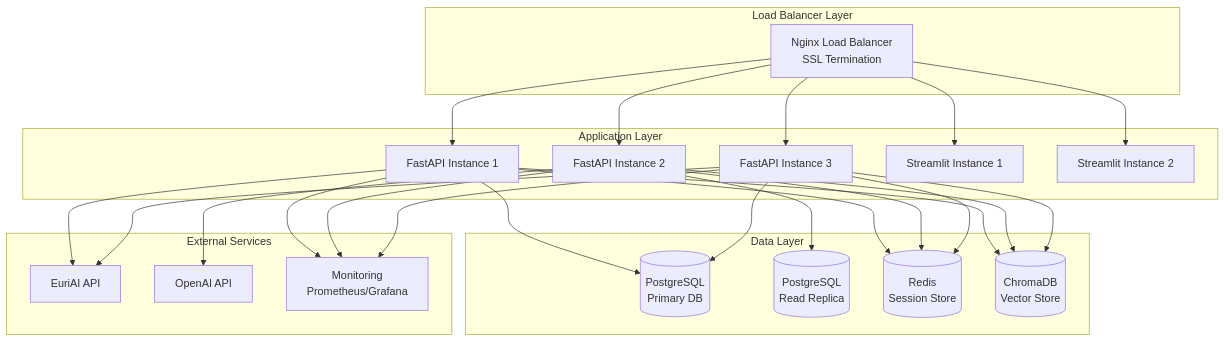
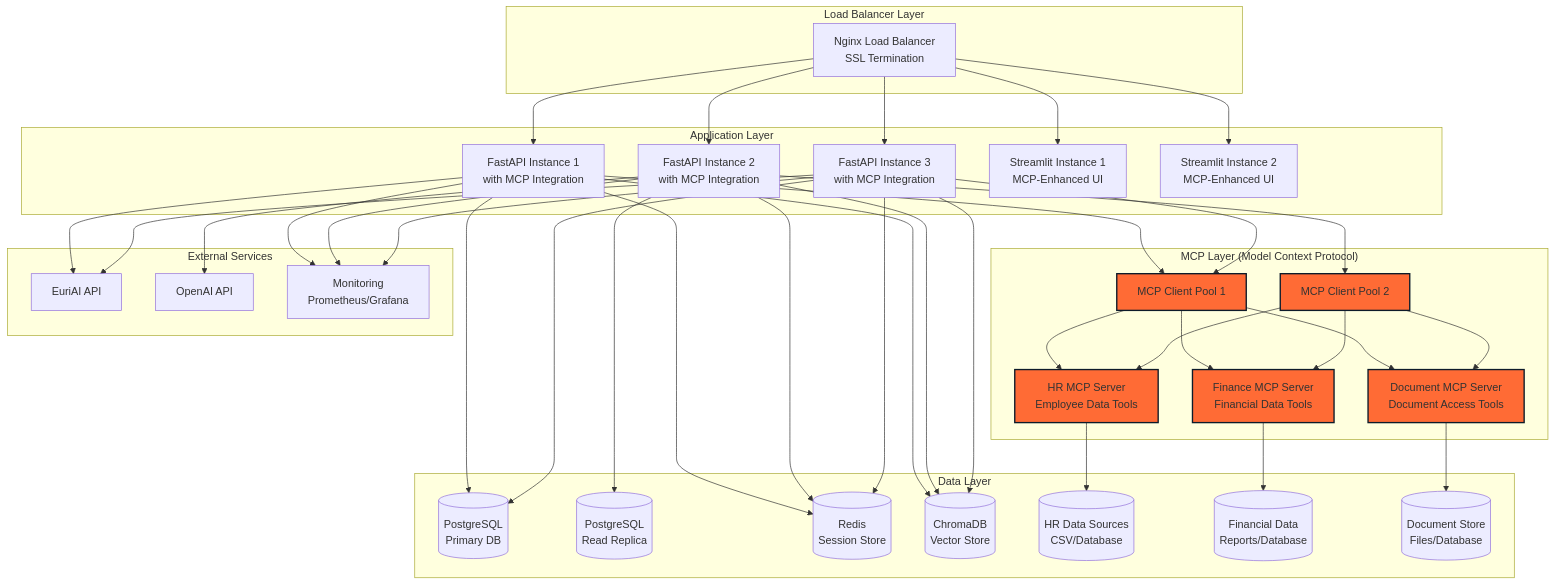
One commit to erickyegon/finsolve-rag-rbac-assistant changed the fourth of 4 diagrams in README.md. Above: the diagram before and after it, drawn with Mermaid. The commit also changed other lines of this file and 28 other files, not shown here.

````diff
--- a/README.md
+++ b/README.md
@@ -723,11 +1212,19 @@
     end
 
     subgraph "Application Layer"
-        API1[FastAPI Instance 1]
-        API2[FastAPI Instance 2]
-        API3[FastAPI Instance 3]
-        UI1[Streamlit Instance 1]
-        UI2[Streamlit Instance 2]
+        API1[FastAPI Instance 1<br/>with MCP Integration]
+        API2[FastAPI Instance 2<br/>with MCP Integration]
+        API3[FastAPI Instance 3<br/>with MCP Integration]
+        UI1[Streamlit Instance 1<br/>MCP-Enhanced UI]
+        UI2[Streamlit Instance 2<br/>MCP-Enhanced UI]
+    end
+
+    subgraph "MCP Layer (Model Context Protocol)"
+        MCP1[MCP Client Pool 1]
+        MCP2[MCP Client Pool 2]
+        HR_SRV[HR MCP Server<br/>Employee Data Tools]
+        FIN_SRV[Finance MCP Server<br/>Financial Data Tools]
+        DOC_SRV[Document MCP Server<br/>Document Access Tools]
     end
 
     subgraph "Data Layer"
@@ -735,6 +1232,9 @@
         PGR[(PostgreSQL<br/>Read Replica)]
         REDIS[(Redis<br/>Session Store)]
         CHROMA[(ChromaDB<br/>Vector Store)]
+        HR_DATA[(HR Data Sources<br/>CSV/Database)]
+        FIN_DATA[(Financial Data<br/>Reports/Database)]
+        DOC_DATA[(Document Store<br/>Files/Database)]
     end
 
     subgraph "External Services"
@@ -748,6 +1248,21 @@
     LB --> API3
     LB --> UI1
     LB --> UI2
+
+    API1 --> MCP1
+    API2 --> MCP2
+    API3 --> MCP1
+
+    MCP1 --> HR_SRV
+    MCP1 --> FIN_SRV
+    MCP1 --> DOC_SRV
+    MCP2 --> HR_SRV
+    MCP2 --> FIN_SRV
+    MCP2 --> DOC_SRV
+
+    HR_SRV --> HR_DATA
+    FIN_SRV --> FIN_DATA
+    DOC_SRV --> DOC_DATA
 
     API1 --> PG
     API2 --> PGR
@@ -768,4 +1283,10 @@
     API1 --> MONITOR
     API2 --> MONITOR
     API3 --> MONITOR
+
+    style HR_SRV fill:#FF6B35,stroke:#0D1B2A,stroke-width:2px
+    style FIN_SRV fill:#FF6B35,stroke:#0D1B2A,stroke-width:2px
+    style DOC_SRV fill:#FF6B35,stroke:#0D1B2A,stroke-width:2px
+    style MCP1 fill:#FF6B35,stroke:#0D1B2A,stroke-width:2px
+    style MCP2 fill:#FF6B35,stroke:#0D1B2A,stroke-width:2px
 ```
````
